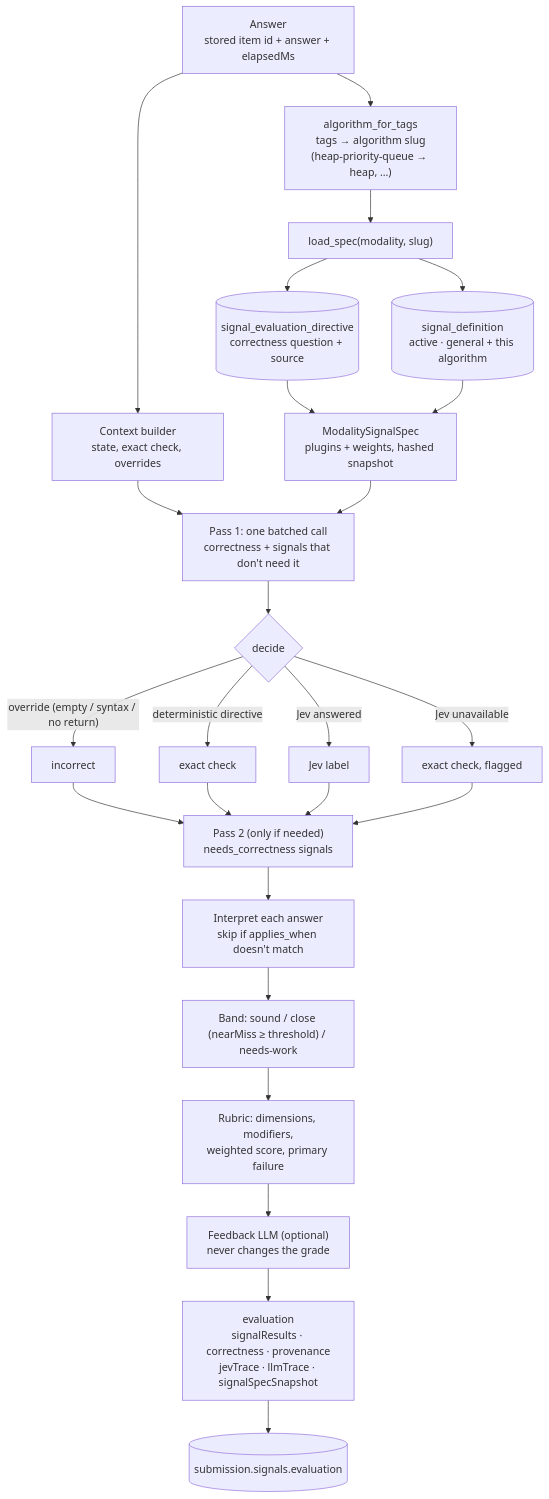
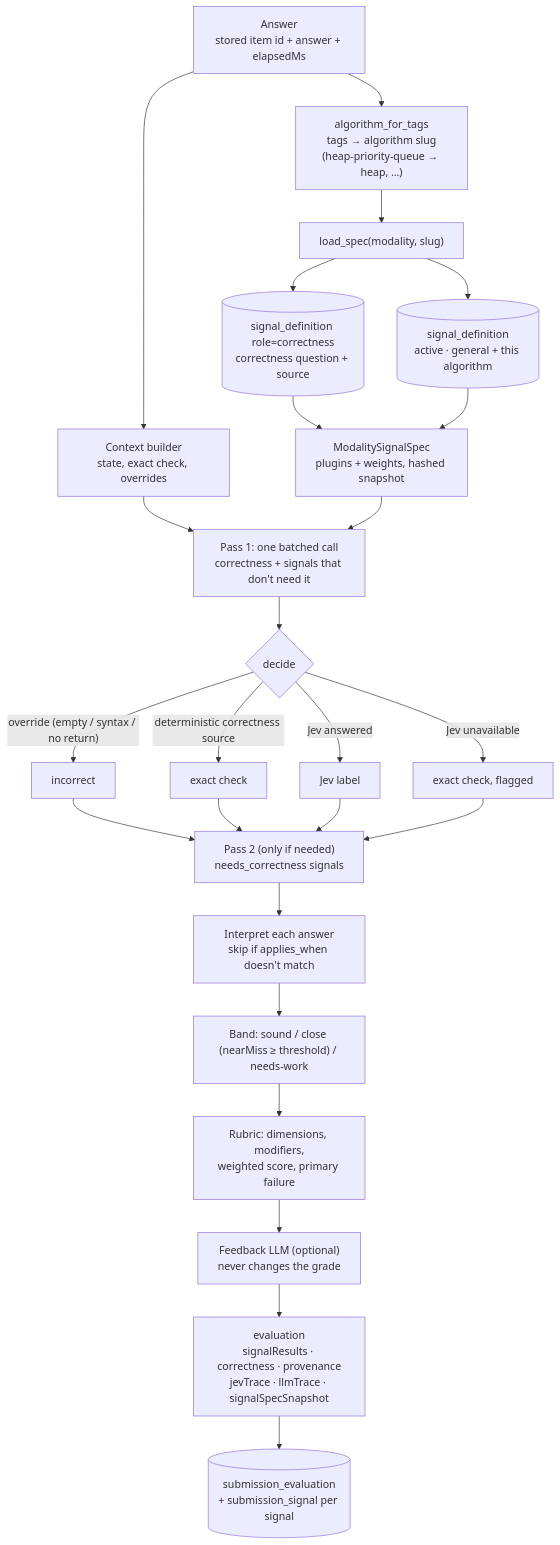
One commit to maxmarzolf/system1 changed the third of 5 diagrams in docs/data-flow.md. Above: the diagram before and after it, drawn with Mermaid. The commit also changed other lines of this file and 27 other files, not shown here.

First line of the commit message:
Store submission signals relationally

````diff
--- a/docs/data-flow.md
+++ b/docs/data-flow.md
@@ -100,25 +100,25 @@
 ```mermaid
 flowchart TD
   A["Answer<br/>stored item id + answer + elapsedMs"] --> B["Context builder<br/>state, exact check, overrides"]
   A --> C["algorithm_for_tags<br/>tags → algorithm slug<br/>(heap-priority-queue → heap, …)"]
   C --> D["load_spec(modality, slug)"]
-  D --> D1[("signal_evaluation_directive<br/>correctness question + source")]
+  D --> D1[("signal_definition role=correctness<br/>correctness question + source")]
   D --> D2[("signal_definition<br/>active · general + this algorithm")]
   D1 --> E["ModalitySignalSpec<br/>plugins + weights, hashed snapshot"]
   D2 --> E
 
   B --> G["Pass 1: one batched call<br/>correctness + signals that don't need it"]
   E --> G
   G --> H{"decide"}
   H -->|"override (empty / syntax / no return)"| H1["incorrect"]
-  H -->|"deterministic directive"| H2["exact check"]
+  H -->|"deterministic correctness source"| H2["exact check"]
   H -->|"Jev answered"| H3["Jev label"]
   H -->|"Jev unavailable"| H4["exact check, flagged"]
   H1 & H2 & H3 & H4 --> I["Pass 2 (only if needed)<br/>needs_correctness signals"]
   I --> J["Interpret each answer<br/>skip if applies_when doesn't match"]
   J --> V["Band: sound / close (nearMiss ≥ threshold) / needs-work"]
   V --> K["Rubric: dimensions, modifiers,<br/>weighted score, primary failure"]
   K --> F["Feedback LLM (optional)<br/>never changes the grade"]
   F --> L["evaluation<br/>signalResults · correctness · provenance<br/>jevTrace · llmTrace · signalSpecSnapshot"]
-  L --> M[("submission.signals.evaluation")]
+  L --> M[("submission_evaluation<br/>+ submission_signal per signal")]
 ```
````
